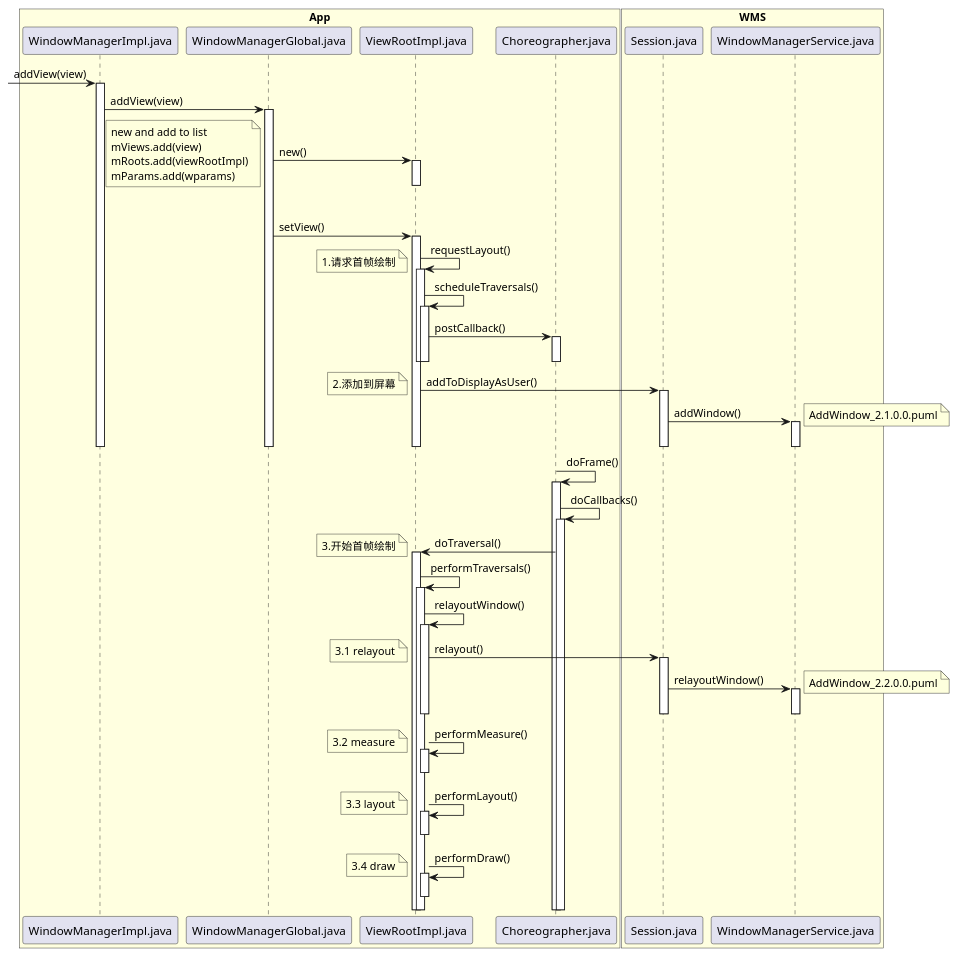
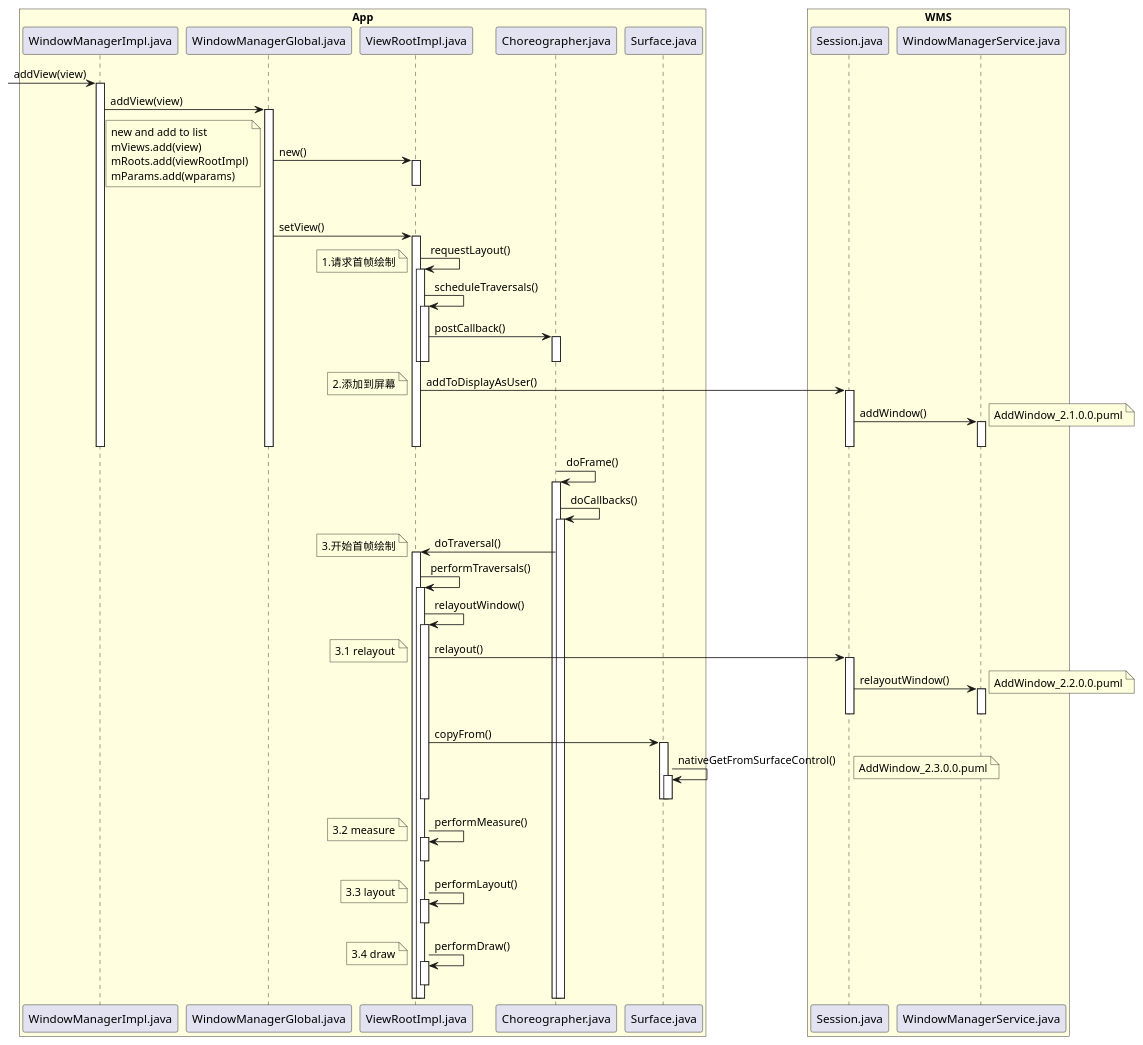
The diagram in android11/addwindow/AddWindow_2.0.0.0.puml (javalive09/UML), drawn with PlantUML before and after one commit. The commit also changed 17 other files, not shown here.

Commit message:
update android11 uml

```diff
--- a/android11/addwindow/AddWindow_2.0.0.0.puml
+++ b/android11/addwindow/AddWindow_2.0.0.0.puml
@@ -1,88 +1,96 @@
 @startuml
 box "App" #LightYellow
 participant WindowManagerImpl.java
 participant WindowManagerGlobal.java
 participant ViewRootImpl.java
 participant Choreographer.java
+participant Surface.java
 end box
 
 box "WMS" #LightYellow
 participant Session.java
 participant WindowManagerService.java
 end box
 
 -> WindowManagerImpl.java: addView(view)
 activate WindowManagerImpl.java
 WindowManagerImpl.java -> WindowManagerGlobal.java: addView(view)
 activate WindowManagerGlobal.java
 WindowManagerGlobal.java -> ViewRootImpl.java: new()
 activate ViewRootImpl.java
 deactivate ViewRootImpl.java
 note left
 new and add to list
 mViews.add(view)
 mRoots.add(viewRootImpl)
 mParams.add(wparams)
 end note
 WindowManagerGlobal.java -> ViewRootImpl.java: setView()
 activate ViewRootImpl.java
 ViewRootImpl.java -> ViewRootImpl.java: requestLayout()
 activate ViewRootImpl.java
 note left:1.请求首帧绘制
 ViewRootImpl.java -> ViewRootImpl.java: scheduleTraversals()
 activate ViewRootImpl.java
 ViewRootImpl.java -> Choreographer.java: postCallback()
 activate Choreographer.java
 deactivate Choreographer.java
 deactivate ViewRootImpl.java
 deactivate ViewRootImpl.java
 
 ViewRootImpl.java -> Session.java: addToDisplayAsUser()
 activate Session.java
 note left:2.添加到屏幕
 Session.java -> WindowManagerService.java: addWindow()
 activate WindowManagerService.java
 deactivate ViewRootImpl.java
 deactivate WindowManagerGlobal.java
 deactivate WindowManagerImpl.java
 deactivate WindowManagerService.java
 deactivate Session.java
 note right: AddWindow_2.1.0.0.puml
 
 Choreographer.java -> Choreographer.java: doFrame()
 activate Choreographer.java
 Choreographer.java -> Choreographer.java: doCallbacks()
 activate Choreographer.java
 Choreographer.java -> ViewRootImpl.java: doTraversal()
 note left: 3.开始首帧绘制
 activate ViewRootImpl.java
 
 ViewRootImpl.java -> ViewRootImpl.java: performTraversals()
 activate ViewRootImpl.java
 ViewRootImpl.java -> ViewRootImpl.java: relayoutWindow()
 activate ViewRootImpl.java
 ViewRootImpl.java -> Session.java: relayout()
 note left: 3.1 relayout
 activate Session.java
 Session.java -> WindowManagerService.java: relayoutWindow()
 activate WindowManagerService.java
 deactivate WindowManagerService.java
 deactivate Session.java
 note right:AddWindow_2.2.0.0.puml
+ViewRootImpl.java -> Surface.java:copyFrom()
+activate Surface.java
+Surface.java -> Surface.java:nativeGetFromSurfaceControl()
+activate Surface.java
+deactivate Surface.java
+deactivate Surface.java
 deactivate ViewRootImpl.java
+note right:AddWindow_2.3.0.0.puml
 
 ViewRootImpl.java -> ViewRootImpl.java: performMeasure()
 note left: 3.2 measure
 activate ViewRootImpl.java
 deactivate ViewRootImpl.java
 ViewRootImpl.java -> ViewRootImpl.java: performLayout()
 note left: 3.3 layout
 activate ViewRootImpl.java
 deactivate ViewRootImpl.java
 ViewRootImpl.java -> ViewRootImpl.java: performDraw()
 note left: 3.4 draw
 activate ViewRootImpl.java
 deactivate ViewRootImpl.java
 
 
 @enduml
```
